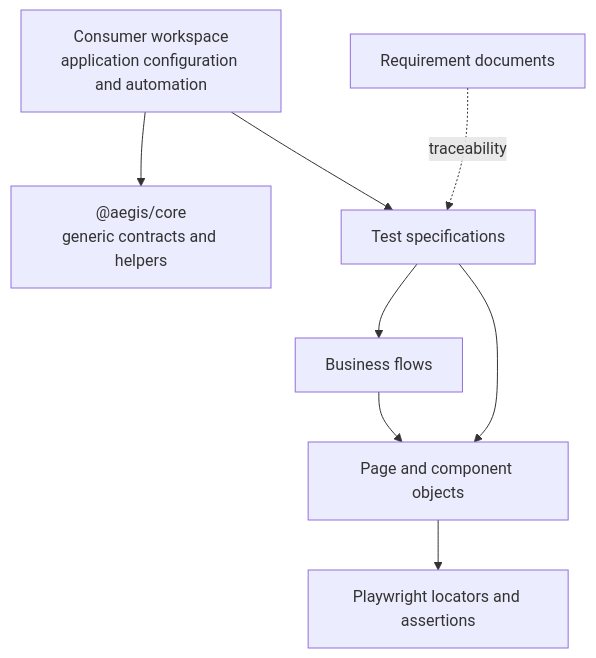
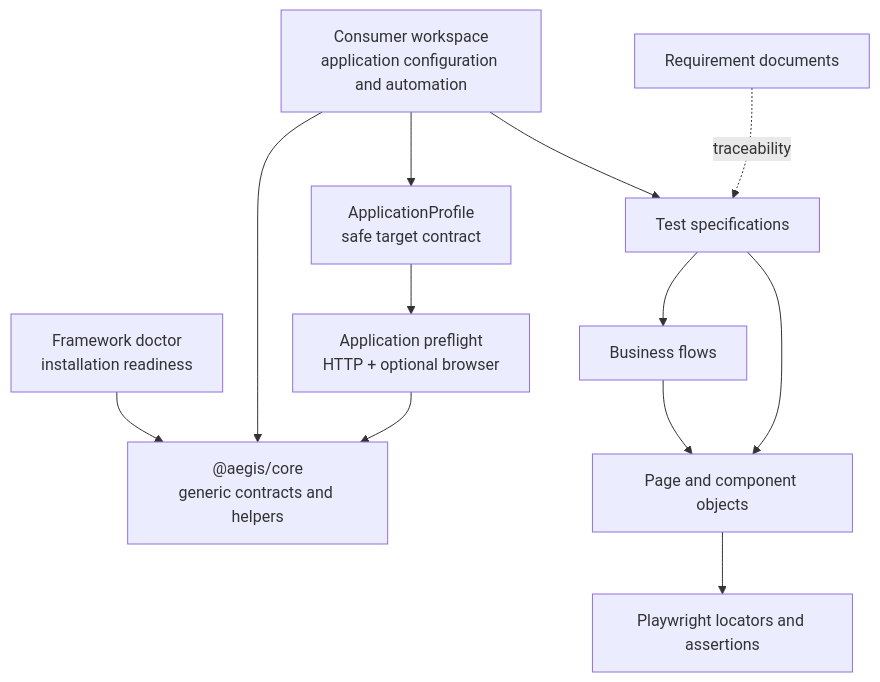
Before and after one commit to sumit89871/aegis-ai-playwright: the diagram in docs/architecture.md, drawn with Mermaid. The commit also changed other lines of this file and 38 other files, not shown here.

Commit message:
feat(core): add framework doctor and application onboarding

````diff
--- a/docs/architecture.md
+++ b/docs/architecture.md
@@ -5,18 +5,25 @@
 ```mermaid
 flowchart TD
     CORE["@aegis/core<br/>generic contracts and helpers"]
+    DOCTOR["Framework doctor<br/>installation readiness"]
+    PROFILE["ApplicationProfile<br/>safe target contract"]
+    PREFLIGHT["Application preflight<br/>HTTP + optional browser"]
     CONSUMER["Consumer workspace<br/>application configuration and automation"]
     REQ[Requirement documents]
     TEST[Test specifications]
     FLOW[Business flows]
     UI[Page and component objects]
     PW[Playwright locators and assertions]
 
     CONSUMER --> CORE
+    DOCTOR --> CORE
+    CONSUMER --> PROFILE
+    PROFILE --> PREFLIGHT
+    PREFLIGHT --> CORE
     REQ -. traceability .-> TEST
     CONSUMER --> TEST
     TEST --> FLOW
     TEST --> UI
     FLOW --> UI
     UI --> PW
 ```
````
